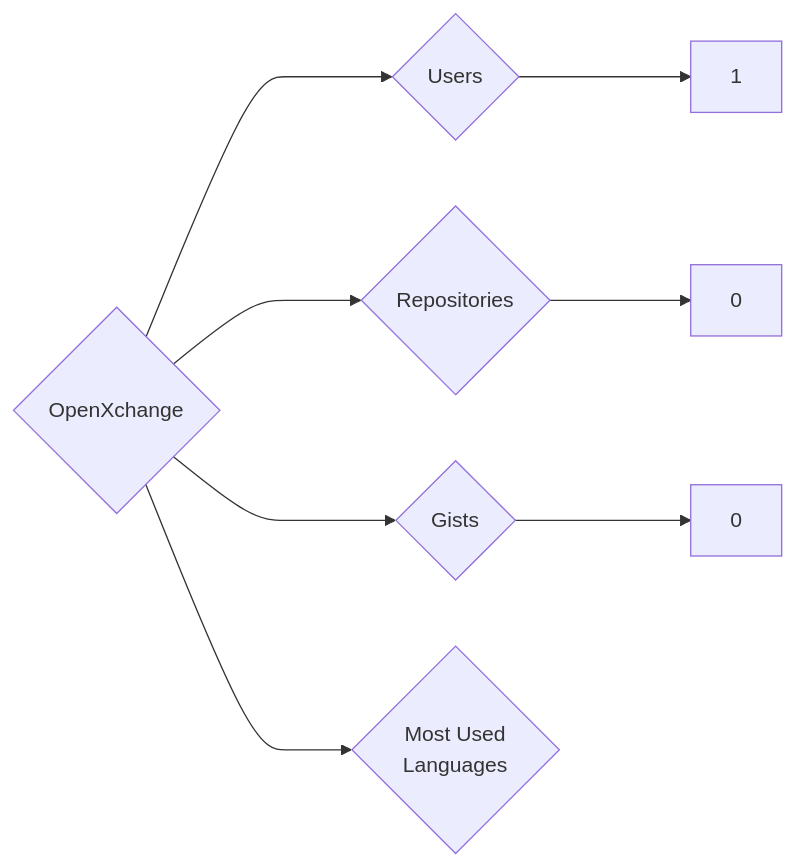
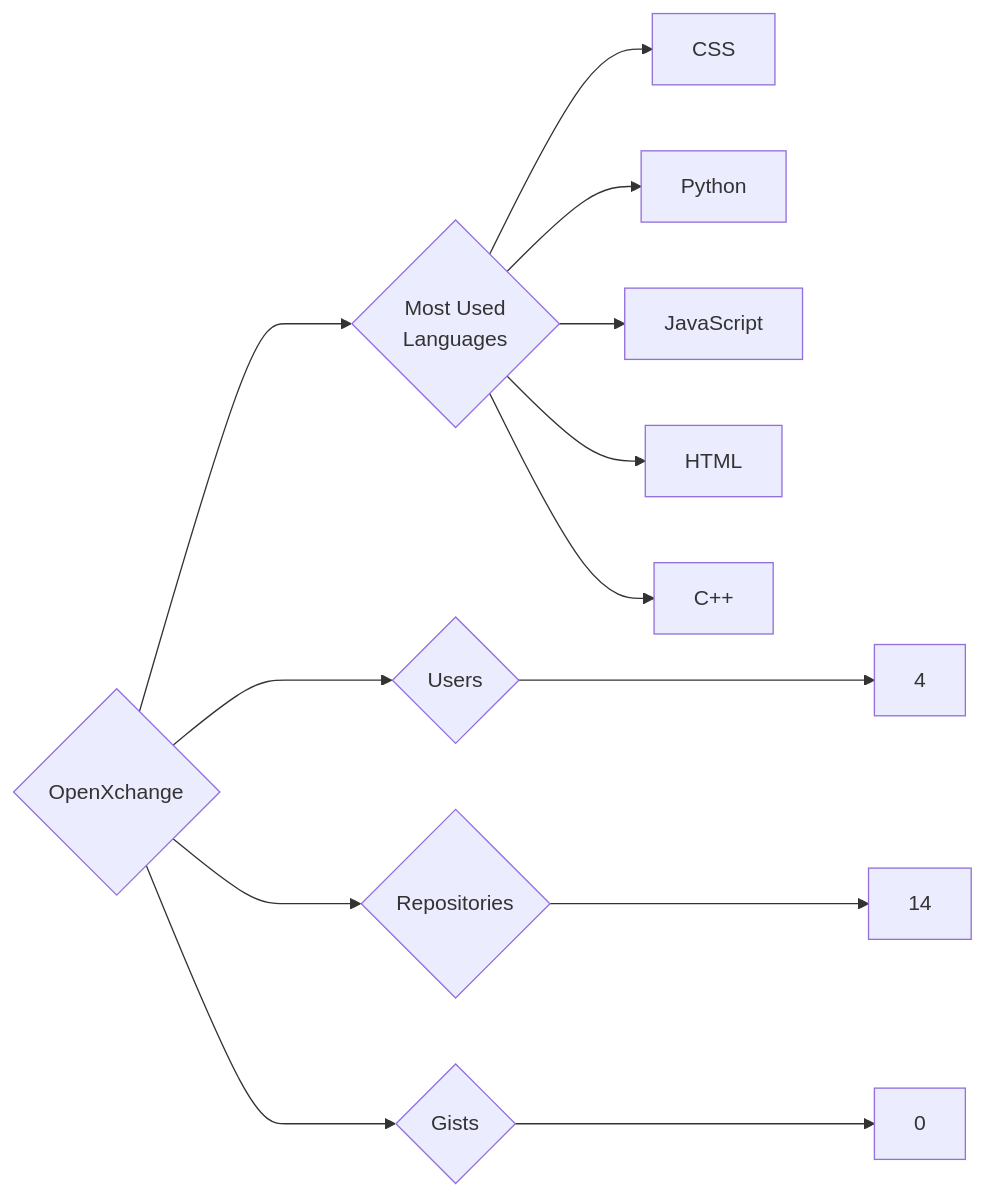
One commit to trickest/insiders changed the diagram in targets/OpenXchange/README.md. Above: the diagram before and after it, drawn with Mermaid. The commit also changed 1696 other files, not shown here.

````diff
--- a/targets/OpenXchange/README.md
+++ b/targets/OpenXchange/README.md
@@ -3,8 +3,13 @@
 ```mermaid
 graph LR
 COMPANY_NAME{OpenXchange}
-COMPANY_NAME ---> U{Users} ---> UN[1]
-COMPANY_NAME ---> R{Repositories} ---> RN[0]
+COMPANY_NAME ---> U{Users} ---> UN[4]
+COMPANY_NAME ---> R{Repositories} ---> RN[14]
 COMPANY_NAME ---> G{Gists} ---> GN[0]
 COMPANY_NAME ---> ML{Most Used<br>Languages}
+ML --> CSS[CSS]
+ML --> Python[Python]
+ML --> JavaScript[JavaScript]
+ML --> HTML[HTML]
+ML --> C++[C++]
 ```
````
